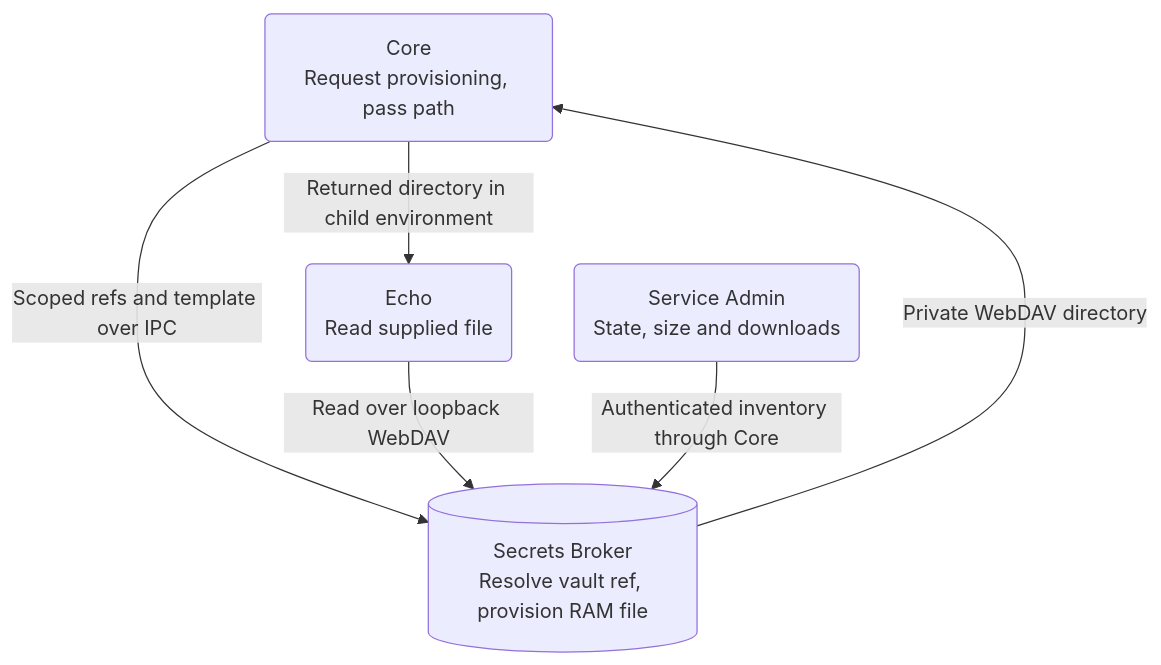
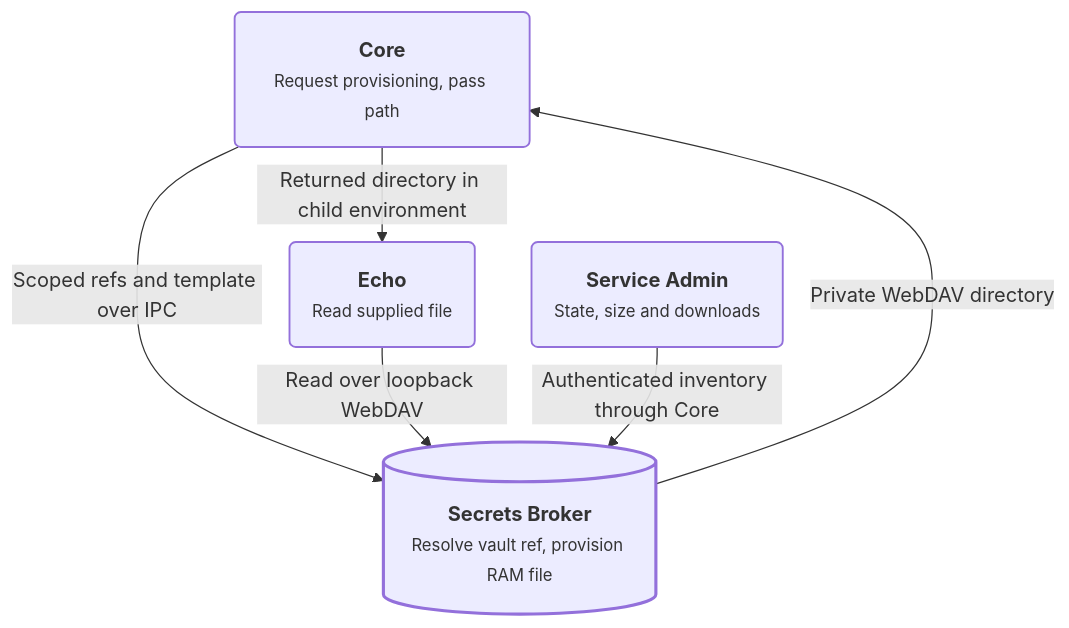
The diagram in docs/getting-started/advanced-provision-service-secrets-securely.md (service-lasso/service-lasso), drawn with Mermaid before and after one commit. The commit also changed other lines of this file and 1 other file, not shown here.

Commit message:
Match the getting-started diagram styling
- use the shared tutorial-architecture mermaid init and classDef style for the Caddy article
- restyle the secrets lesson diagram to the same style

````diff
--- a/docs/getting-started/advanced-provision-service-secrets-securely.md
+++ b/docs/getting-started/advanced-provision-service-secrets-securely.md
@@ -17,14 +21,20 @@
 ```mermaid
+%%{init: {"flowchart": {"nodeSpacing": 24, "rankSpacing": 28, "padding": 18, "subGraphTitleMargin": {"top": 10, "bottom": 20}}, "themeVariables": {"fontFamily": "system-ui, sans-serif"}}}%%
 flowchart TB
   accTitle: Broker provisions a secret file and returns its path
   accDescr: Core sends scoped refs and a secret-free template. Broker resolves internally and returns the WebDAV directory. Echo receives it and reads the file. Admin shows metadata.
-  core("Core<br/>Request provisioning, pass path")
-  broker[("Secrets Broker<br/>Resolve vault ref, provision RAM file")]
-  echo("Echo<br/>Read supplied file")
-  admin("Service Admin<br/>State, size and downloads")
+  core("<b>Core</b><br/><small>Request provisioning, pass path</small>")
+  broker[("<b>Secrets Broker</b><br/><small>Resolve vault ref, provision RAM file</small>")]
+  echo("<b>Echo</b><br/><small>Read supplied file</small>")
+  admin("<b>Service Admin</b><br/><small>State, size and downloads</small>")
   core -->|Scoped refs and template over IPC| broker
   broker -->|Private WebDAV directory| core
   core -->|Returned directory in child environment| echo
   echo -->|Read over loopback WebDAV| broker
   admin -->|Authenticated inventory through Core| broker
+  classDef service stroke-width:1.5px
+  classDef added stroke-width:2.5px
+  classDef optional stroke-dasharray:5 4
+  class core,echo,admin service
+  class broker added
 ```
````
